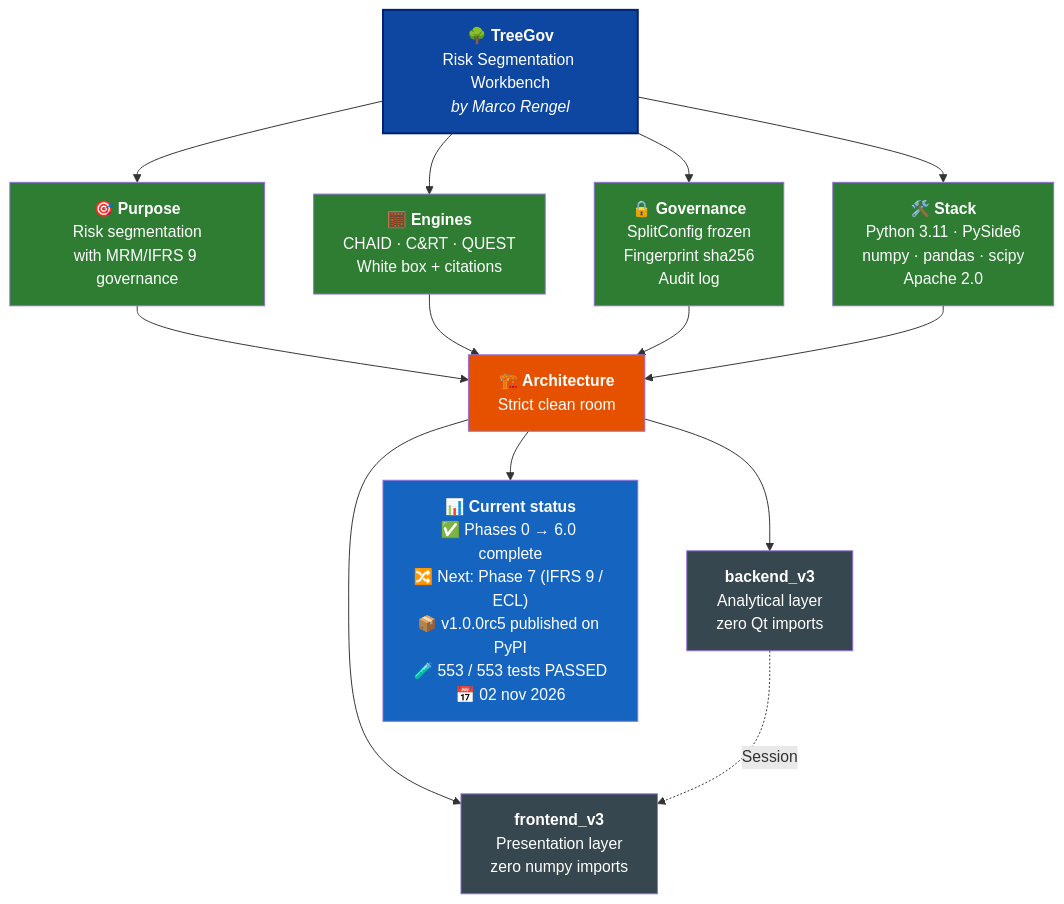
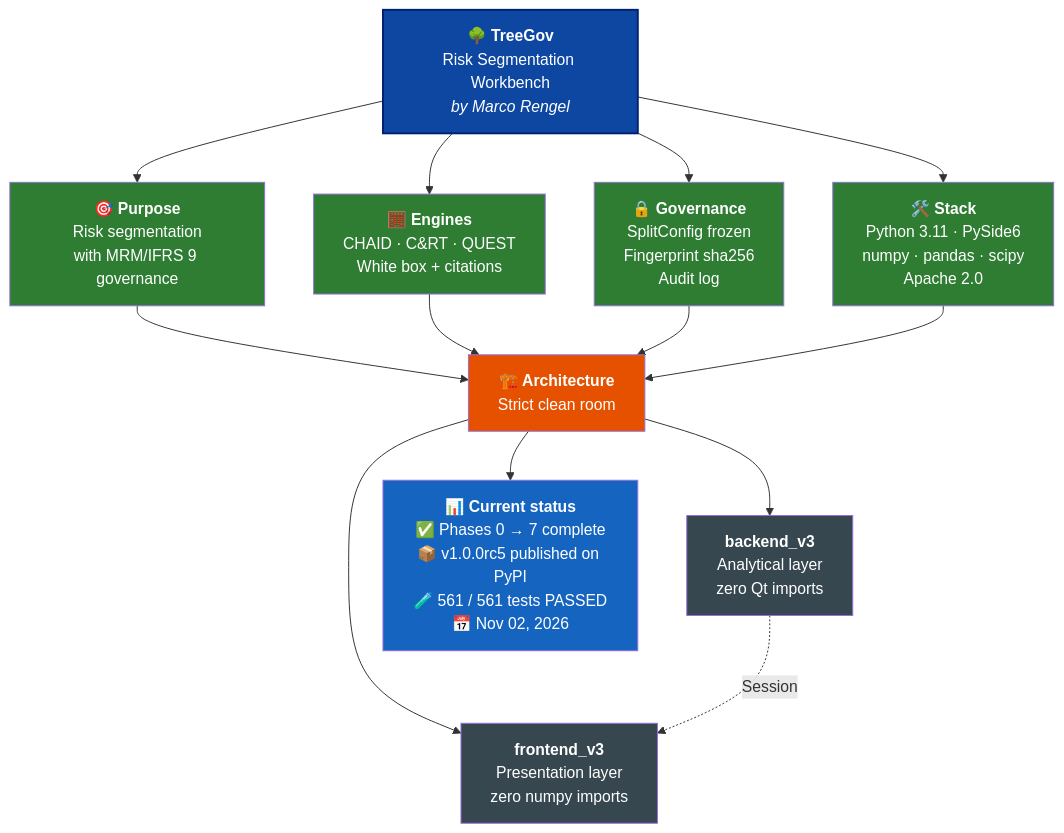
The diagram in README.md (Marco-Rengel/treegov), drawn with Mermaid before and after one commit. The commit also changed other lines of this file and 13 other files, not shown here.

````diff
--- a/README.md
+++ b/README.md
@@ -38,31 +38,31 @@
 ```mermaid
 flowchart TB
     TG["<b>🌳 TreeGov</b><br/>Risk Segmentation Workbench<br/><i>by Marco Rengel</i>"]
 
     TG --> P["<b>🎯 Purpose</b><br/>Risk segmentation<br/>with MRM/IFRS 9 governance"]
     TG --> M["<b>🧮 Engines</b><br/>CHAID · C&RT · QUEST<br/>White box + citations"]
     TG --> G["<b>🔒 Governance</b><br/>SplitConfig frozen<br/>Fingerprint sha256<br/>Audit log"]
     TG --> S["<b>🛠️ Stack</b><br/>Python 3.11 · PySide6<br/>numpy · pandas · scipy<br/>Apache 2.0"]
 
     P --> ARQ["<b>🏗️ Architecture</b><br/>Strict clean room"]
     M --> ARQ
     G --> ARQ
     S --> ARQ
 
     ARQ --> BE["<b>backend_v3</b><br/>Analytical layer<br/>zero Qt imports"]
     ARQ --> FE["<b>frontend_v3</b><br/>Presentation layer<br/>zero numpy imports"]
 
     BE -.->|Session| FE
 
-    ARQ --> ST["<b>📊 Current status</b><br/>✅ Phases 0 → 6.0 complete<br/>🔀 Next: Phase 7 (IFRS 9 / ECL)<br/>📦 v1.0.0rc5 published on PyPI<br/>🧪 553 / 553 tests PASSED<br/>📅 02 nov 2026"]
+    ARQ --> ST["<b>📊 Current status</b><br/>✅ Phases 0 → 7 complete<br/>📦 v1.0.0rc5 published on PyPI<br/>🧪 561 / 561 tests PASSED<br/>📅 Nov 02, 2026"]
 
     style TG fill:#0D47A1,color:#fff,stroke:#002171,stroke-width:2px
     style P fill:#2E7D32,color:#fff
     style M fill:#2E7D32,color:#fff
     style G fill:#2E7D32,color:#fff
     style S fill:#2E7D32,color:#fff
     style ARQ fill:#E65100,color:#fff
     style BE fill:#37474F,color:#fff
     style FE fill:#37474F,color:#fff
     style ST fill:#1565C0,color:#fff
 ```
````
